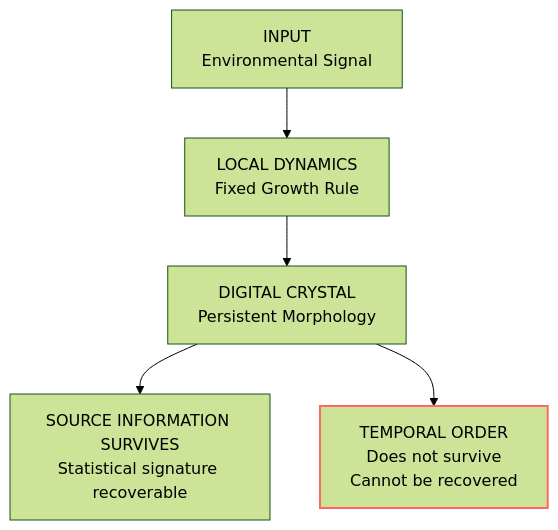
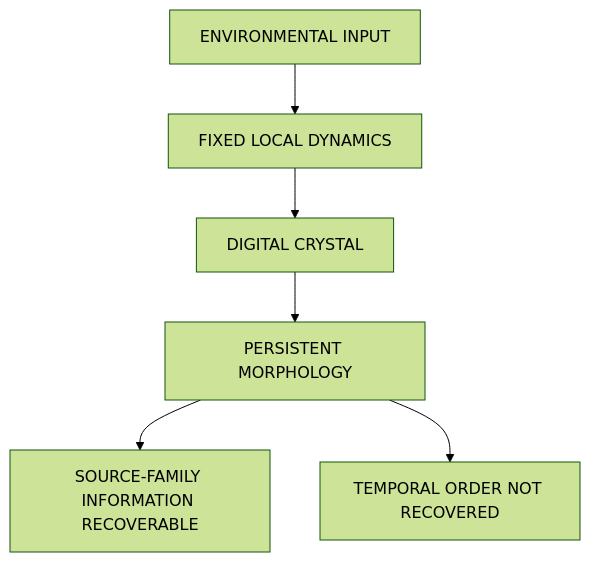
One commit to ernanhughes/Digital-Life changed the fifth of 5 diagrams in content/books/digital-life/14-the-digital-crystal/index.md. Above: the diagram before and after it, drawn with Mermaid (forest theme). The commit also changed other lines of this file, not shown here.

````diff
--- a/content/books/digital-life/14-the-digital-crystal/index.md
+++ b/content/books/digital-life/14-the-digital-crystal/index.md
@@ -1017,8 +1566,8 @@
 ```mermaid
 flowchart TD
-    A[INPUT<br/>Environmental Signal] --> B[LOCAL DYNAMICS<br/>Fixed Growth Rule]
-    B --> C[DIGITAL CRYSTAL<br/>Persistent Morphology]
-    C --> D[SOURCE INFORMATION SURVIVES<br/>Statistical signature recoverable]
-    C --> E[TEMPORAL ORDER<br/>Does not survive<br/>Cannot be recovered]
-    style E stroke:#f66,stroke-width:2px
+    A["ENVIRONMENTAL INPUT"] --> B["FIXED LOCAL DYNAMICS"]
+    B --> C["DIGITAL CRYSTAL"]
+    C --> D["PERSISTENT MORPHOLOGY"]
+    D --> E["SOURCE-FAMILY INFORMATION RECOVERABLE"]
+    D --> F["TEMPORAL ORDER NOT RECOVERED"]
 ```
````
